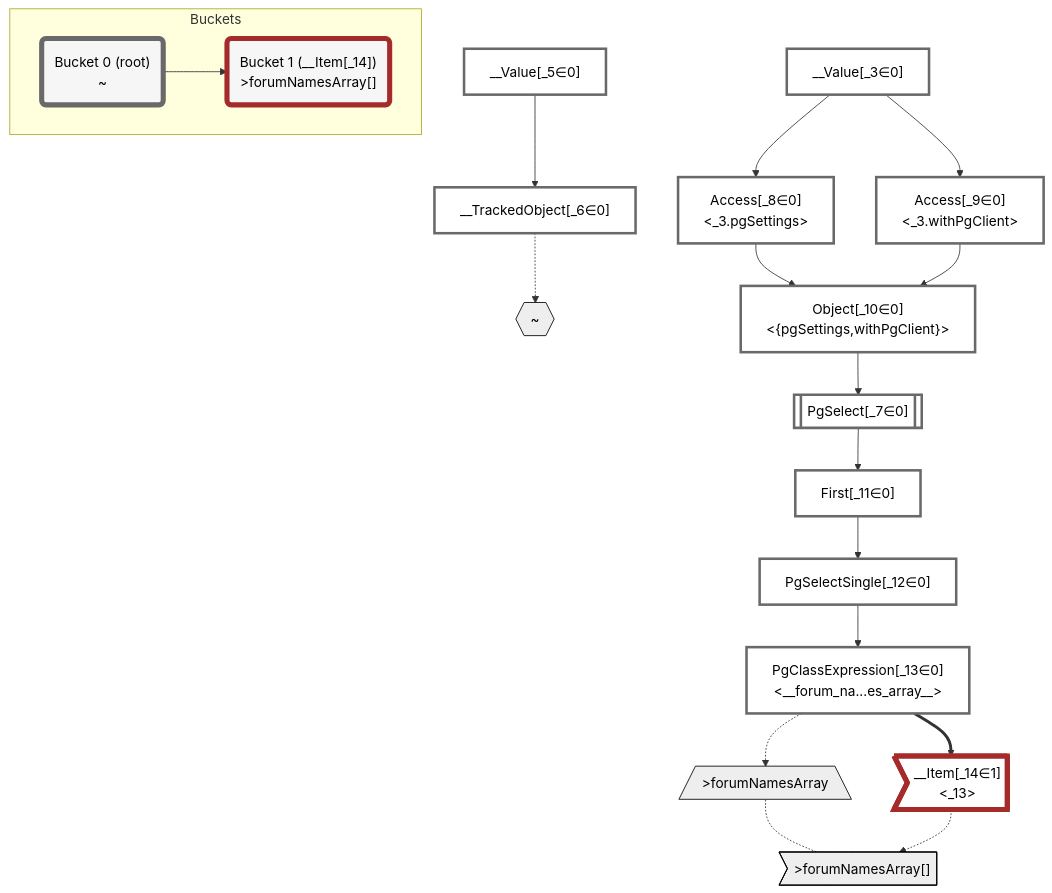
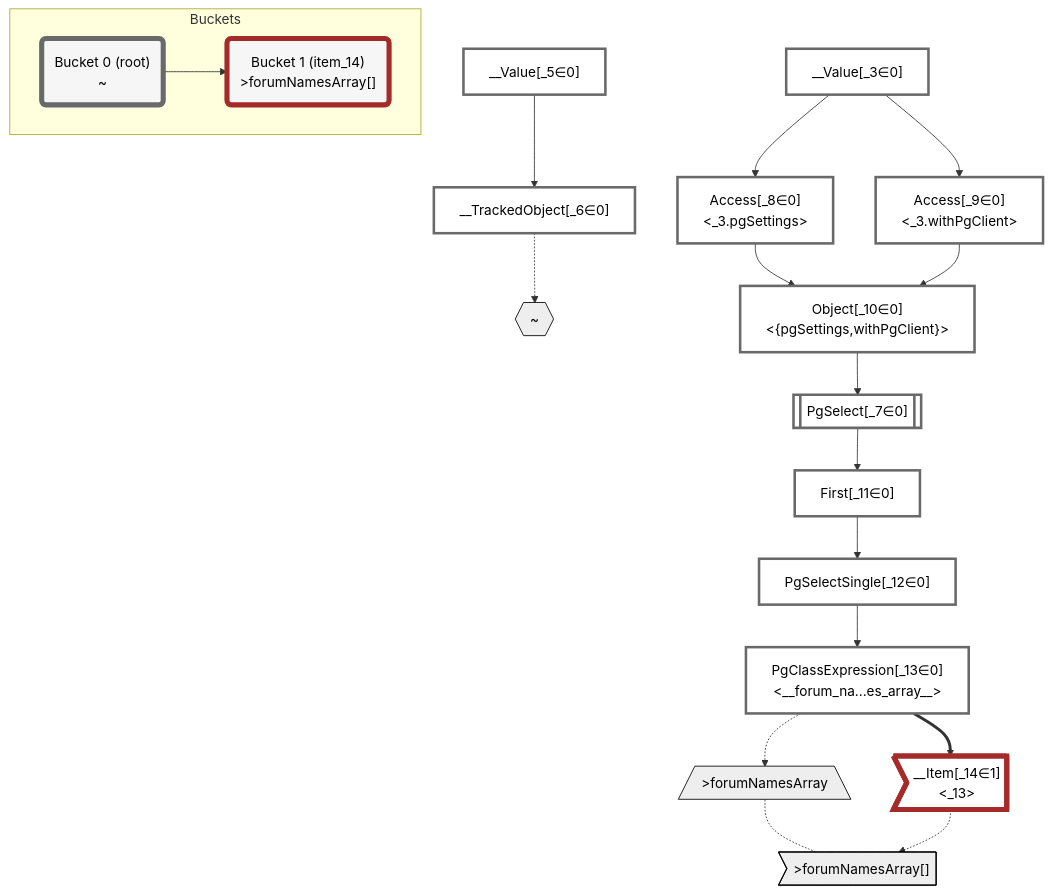
One commit to graphile/crystal changed the diagram in packages/dataplan-pg/__tests__/queries/functions/custom-query-forum-names-array.deopt.mermaid.md. Above: the diagram before and after it, drawn with Mermaid. The commit also changed 159 other files, not shown here.

````diff
--- a/packages/dataplan-pg/__tests__/queries/functions/custom-query-forum-names-array.deopt.mermaid.md
+++ b/packages/dataplan-pg/__tests__/queries/functions/custom-query-forum-names-array.deopt.mermaid.md
@@ -1,60 +1,60 @@
 ```mermaid
 graph TD
     classDef path fill:#eee,stroke:#000,color:#000
     classDef plan fill:#fff,stroke-width:3px,color:#000
     classDef itemplan fill:#fff,stroke-width:6px,color:#000
     classDef sideeffectplan fill:#f00,stroke-width:6px,color:#000
     classDef bucket fill:#f6f6f6,color:#000,stroke-width:6px
 
     %% subgraph fields
     P1{{"~"}}:::path
     P2[/">forumNamesArray"\]:::path
     P3>">forumNamesArray[]"]:::path
     P2 -.- P3
     %% P1 -.-> P2
     %% end
 
     %% define plans
     __Value_3["__Value[_3∈0]<br /><context>"]:::plan
     __Value_5["__Value[_5∈0]<br /><rootValue>"]:::plan
     __TrackedObject_6["__TrackedObject[_6∈0]"]:::plan
     PgSelect_7[["PgSelect[_7∈0]<br /><forum_names_array>"]]:::plan
     Access_8["Access[_8∈0]<br /><_3.pgSettings>"]:::plan
     Access_9["Access[_9∈0]<br /><_3.withPgClient>"]:::plan
     Object_10["Object[_10∈0]<br /><{pgSettings,withPgClient}>"]:::plan
     First_11["First[_11∈0]"]:::plan
     PgSelectSingle_12["PgSelectSingle[_12∈0]<br /><forum_names_array>"]:::plan
     PgClassExpression_13["PgClassExpression[_13∈0]<br /><__forum_na...es_array__>"]:::plan
     __Item_14>"__Item[_14∈1]<br /><_13>"]:::itemplan
 
     %% plan dependencies
     __Value_5 --> __TrackedObject_6
     Object_10 --> PgSelect_7
     __Value_3 --> Access_8
     __Value_3 --> Access_9
     Access_8 --> Object_10
     Access_9 --> Object_10
     PgSelect_7 --> First_11
     First_11 --> PgSelectSingle_12
     PgSelectSingle_12 --> PgClassExpression_13
     PgClassExpression_13 ==> __Item_14
 
     %% plan-to-path relationships
     __TrackedObject_6 -.-> P1
     PgClassExpression_13 -.-> P2
     __Item_14 -.-> P3
 
     %% allocate buckets
     classDef bucket0 stroke:#696969
     class __Value_3,__Value_5,__TrackedObject_6,PgSelect_7,Access_8,Access_9,Object_10,First_11,PgSelectSingle_12,PgClassExpression_13 bucket0
     classDef bucket1 stroke:#a52a2a
     class __Item_14 bucket1
 
     subgraph Buckets
     Bucket0("Bucket 0 (root)<br />~"):::bucket
     style Bucket0 stroke:#696969
-    Bucket1("Bucket 1 (__Item[_14])<br />>forumNamesArray[]"):::bucket
+    Bucket1("Bucket 1 (item_14)<br />>forumNamesArray[]"):::bucket
     style Bucket1 stroke:#a52a2a
     Bucket0 --> Bucket1
     end
 ```
````
